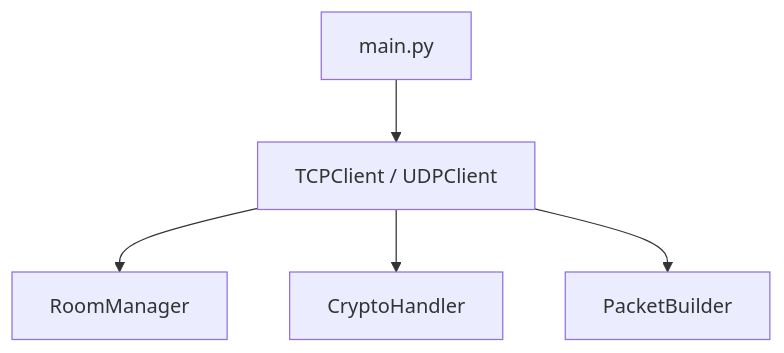
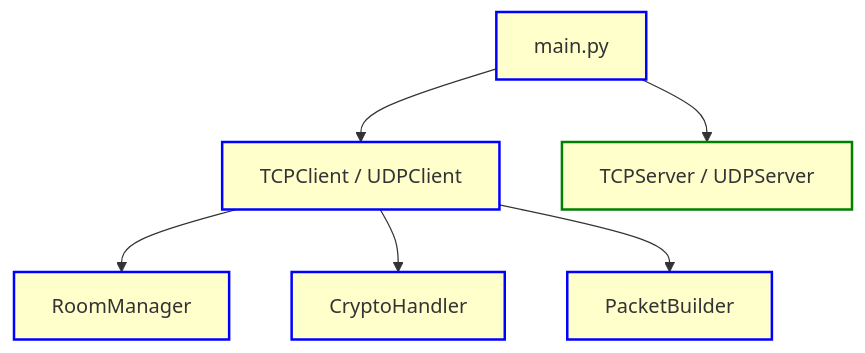
One commit to BackendExplorer/Online-Chat-Service changed the second of 6 diagrams in README.md. Above: the diagram before and after it, drawn with Mermaid.

````diff
--- a/README.md
+++ b/README.md
@@ -22,15 +22,25 @@
 ```mermaid
 graph TD
 
   UI["main.py"]
   Application["TCPClient / UDPClient"]
   Domain["RoomManager"]
   Infra["CryptoHandler"]
   Packet["PacketBuilder"]
+  Server["TCPServer / UDPServer"]
 
   UI --> Application
+  UI --> Server
   Application --> Domain
   Application --> Infra
   Application --> Packet
 
+  %% ノードのスタイル定義
+  classDef blueNode fill:#FFFFCC,stroke:#0000FF,stroke-width:2px;
+  classDef greenNode fill:#FFFFCC,stroke:#008000,stroke-width:2px;
+
+  %% 各ノードにクラスを割り当て
+  class UI,Application,Domain,Infra,Packet blueNode;
+  class Server greenNode;
+
 ```
````
